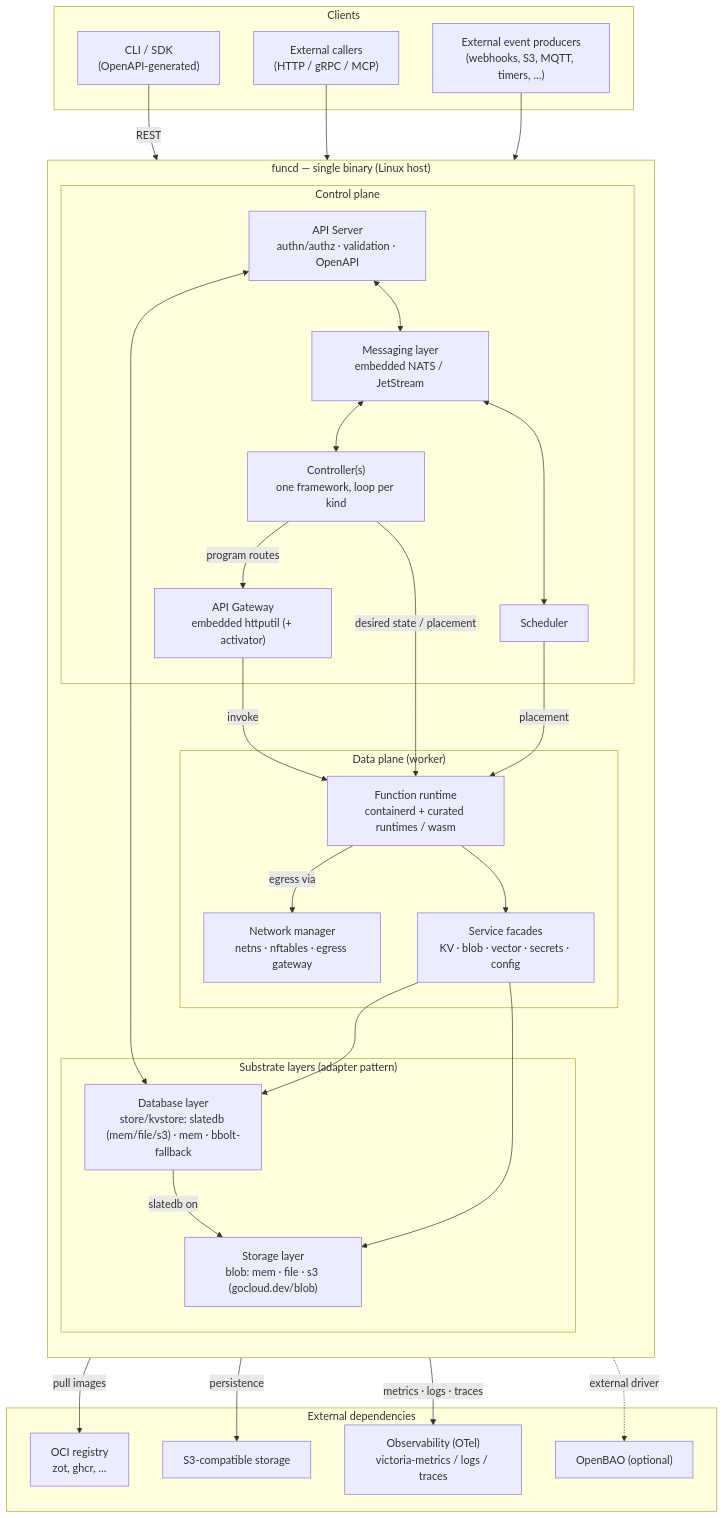
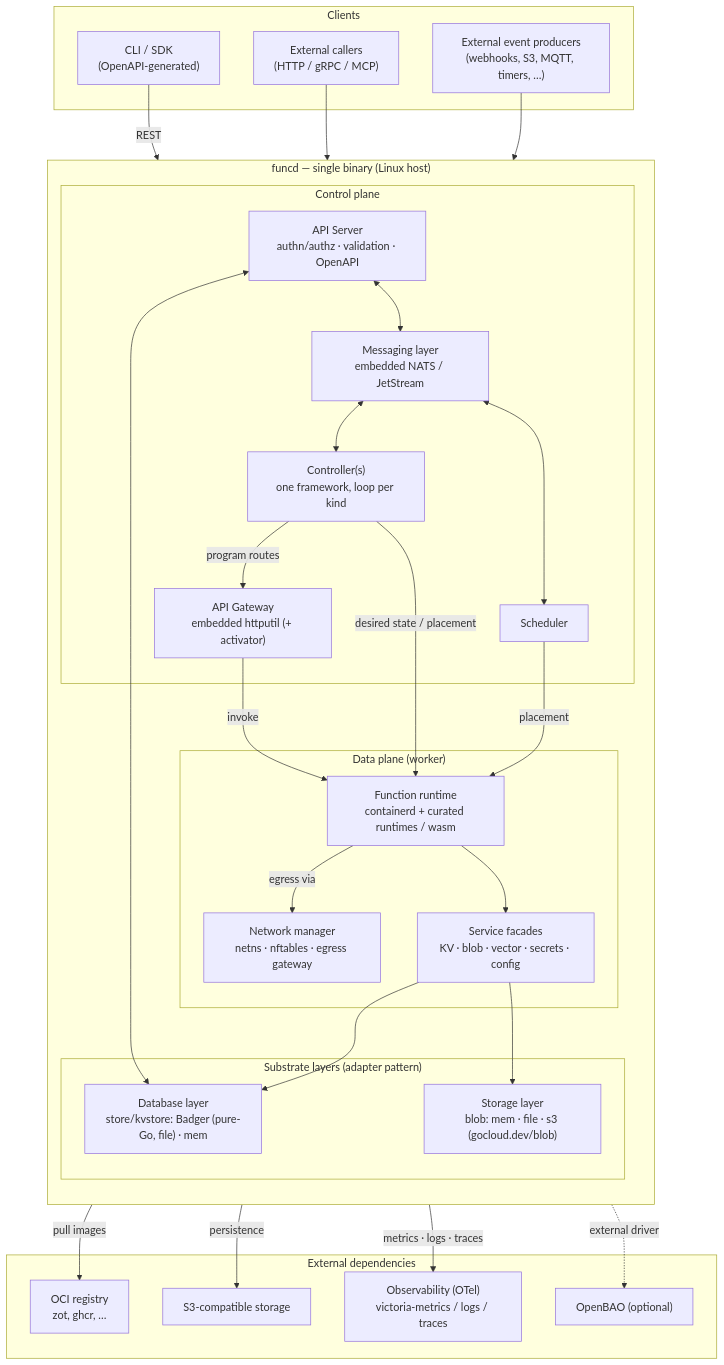
The sixth of 8 diagrams in blueprint.md (pyvvo/funcd), drawn with Mermaid before and after one commit. The commit also changed other lines of this file and 3 other files, not shown here.

````diff
--- a/blueprint.md
+++ b/blueprint.md
@@ -513,56 +513,55 @@
 ```mermaid
 flowchart TB
     subgraph Clients["Clients"]
         CLI["CLI / SDK<br/>(OpenAPI-generated)"]
         Callers["External callers<br/>(HTTP / gRPC / MCP)"]
         Producers["External event producers<br/>(webhooks, S3, MQTT, timers, …)"]
     end
 
     subgraph Binary["funcd — single binary (Linux host)"]
         direction TB
         subgraph CP["Control plane"]
             API["API Server<br/>authn/authz · validation · OpenAPI"]
             Ctrl["Controller(s)<br/>one framework, loop per kind"]
             Sched["Scheduler"]
             GW["API Gateway<br/>embedded httputil (+ activator)"]
             Bus["Messaging layer<br/>embedded NATS / JetStream"]
         end
         subgraph DP["Data plane (worker)"]
             NET["Network manager<br/>netns · nftables · egress gateway"]
             RT["Function runtime<br/>containerd + curated runtimes / wasm"]
             SVC["Service facades<br/>KV · blob · vector · secrets · config"]
         end
         subgraph SUB["Substrate layers (adapter pattern)"]
-            DBL["Database layer<br/>store/kvstore: slatedb (mem/file/s3) · mem · bbolt-fallback"]
+            DBL["Database layer<br/>store/kvstore: Badger (pure-Go, file) · mem"]
             STL["Storage layer<br/>blob: mem · file · s3 (gocloud.dev/blob)"]
         end
     end
 
     subgraph Ext["External dependencies"]
         REG["OCI registry<br/>zot, ghcr, …"]
         S3["S3-compatible storage"]
         OBS["Observability (OTel)<br/>victoria-metrics / logs / traces"]
         BAO["OpenBAO (optional)"]
     end
 
     CLI -- REST --> API
     Callers --> GW
     Producers --> GW
     GW -- invoke --> RT
     RT -- "egress via" --> NET
     API <--> DBL
     API <--> Bus
     Bus <--> Ctrl
     Bus <--> Sched
     Ctrl -- "program routes" --> GW
     Ctrl -- "desired state / placement" --> RT
     Sched -- placement --> RT
     RT --> SVC
     SVC --> DBL
     SVC --> STL
     SVC -. "external driver" .-> BAO
-    DBL -- "slatedb on" --> STL
     STL -- persistence --> S3
     RT -- "pull images" --> REG
     Binary -- "metrics · logs · traces" --> OBS
 ```
````
